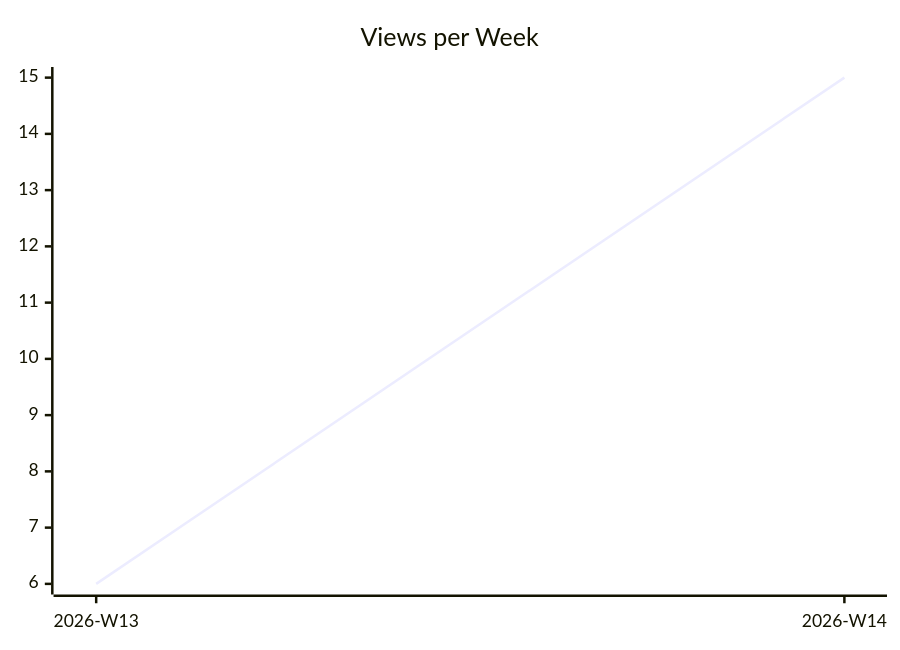
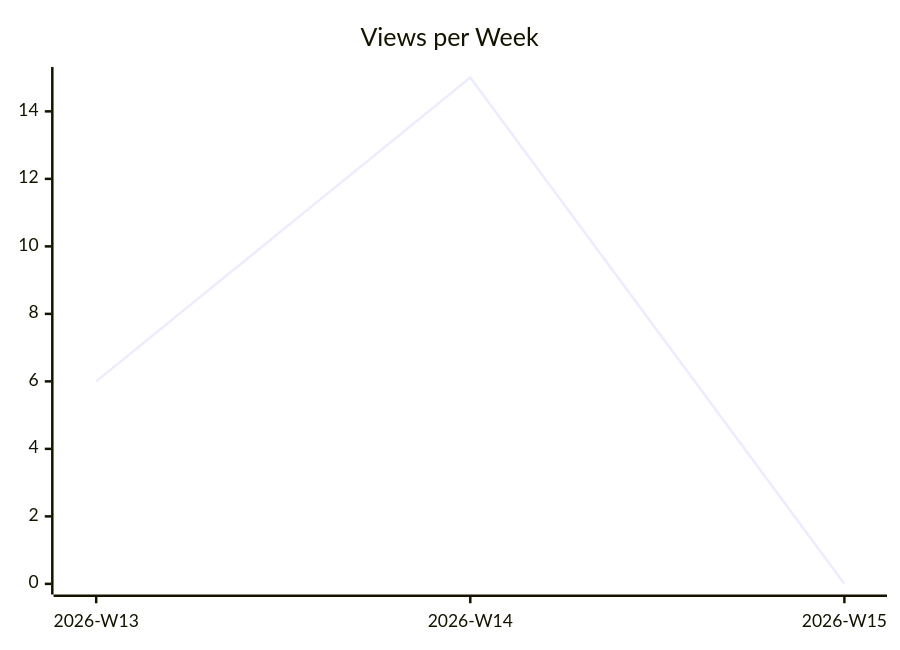
The second of 3 diagrams in karlmdavis/ksoap2-android/README.md (justdavis-family/github-analytics-data), drawn with Mermaid before and after one commit. The commit also changed other lines of this file and 63 other files, not shown here.

````diff
--- a/karlmdavis/ksoap2-android/README.md
+++ b/karlmdavis/ksoap2-android/README.md
@@ -12,6 +12,6 @@
 ```mermaid
 xychart-beta
   title "Views per Week"
-  x-axis ["2026-W13", "2026-W14"]
-  line [6, 15]
+  x-axis ["2026-W13", "2026-W14", "2026-W15"]
+  line [6, 15, 0]
 ```
````
